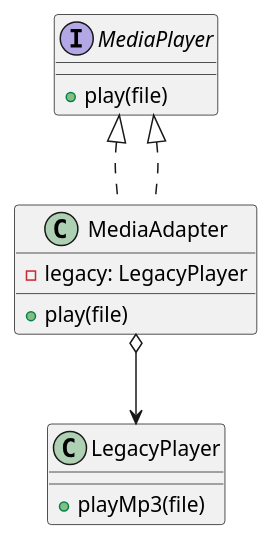
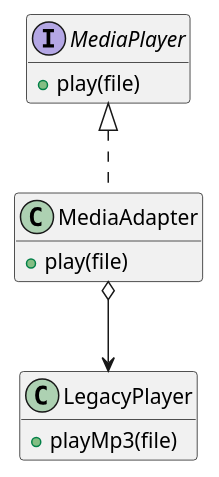
The fourth of 8 diagrams in class/amss2025/curs/11-patterns-reloaded.md (traiansf/traiansf.github.io), drawn with PlantUML before and after one commit. The commit also changed other lines of this file and 2 other files, not shown here.

````diff
--- a/class/amss2025/curs/11-patterns-reloaded.md
+++ b/class/amss2025/curs/11-patterns-reloaded.md
@@ -491,19 +605,18 @@
 ```plantuml
 @startuml
+hide empty members
 interface MediaPlayer {
     +play(file)
 }
 
 class LegacyPlayer {
     +playMp3(file)
 }
 
 class MediaAdapter implements MediaPlayer {
-    -legacy: LegacyPlayer
     +play(file)
 }
 
-MediaPlayer <|.. MediaAdapter
 MediaAdapter o--> LegacyPlayer
 @enduml
 ```
````
